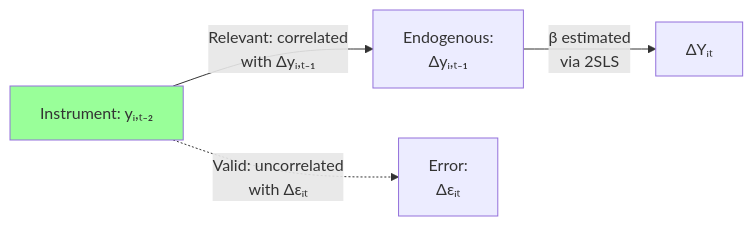
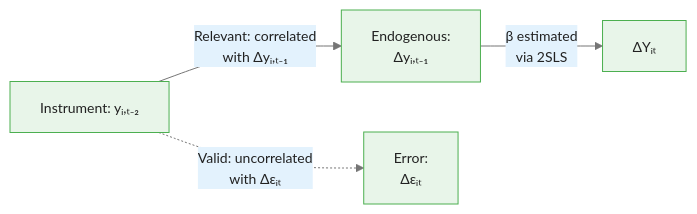
One commit to m-deane/course-creator changed the second of 4 diagrams in courses/panel-regression/modules/module_05_advanced_topics/guides/01_dynamic_panels_slides.md. Above: the diagram before and after it, drawn with Mermaid. The commit also changed other lines of this file and 79 other files, not shown here.

````diff
--- a/courses/panel-regression/modules/module_05_advanced_topics/guides/01_dynamic_panels_slides.md
+++ b/courses/panel-regression/modules/module_05_advanced_topics/guides/01_dynamic_panels_slides.md
@@ -110,9 +137,8 @@
 ```mermaid
+%%{init: {"theme": "base", "themeVariables": {"primaryColor": "#e8f5e9", "primaryBorderColor": "#4caf50", "primaryTextColor": "#212121", "secondaryColor": "#e3f2fd", "tertiaryColor": "#fff8e1", "lineColor": "#757575", "fontFamily": "Inter, sans-serif", "fontSize": "14px"}}}%%
 flowchart LR
     IV["Instrument: yᵢ,ₜ₋₂"]
     IV -->|"Relevant: correlated<br/>with Δyᵢ,ₜ₋₁"| ENDOG["Endogenous:<br/>Δyᵢ,ₜ₋₁"]
     IV -.->|"Valid: uncorrelated<br/>with Δεᵢₜ"| ERROR["Error:<br/>Δεᵢₜ"]
     ENDOG -->|"β estimated<br/>via 2SLS"| Y["ΔYᵢₜ"]
-
-    style IV fill:#9f9
 ```
````
